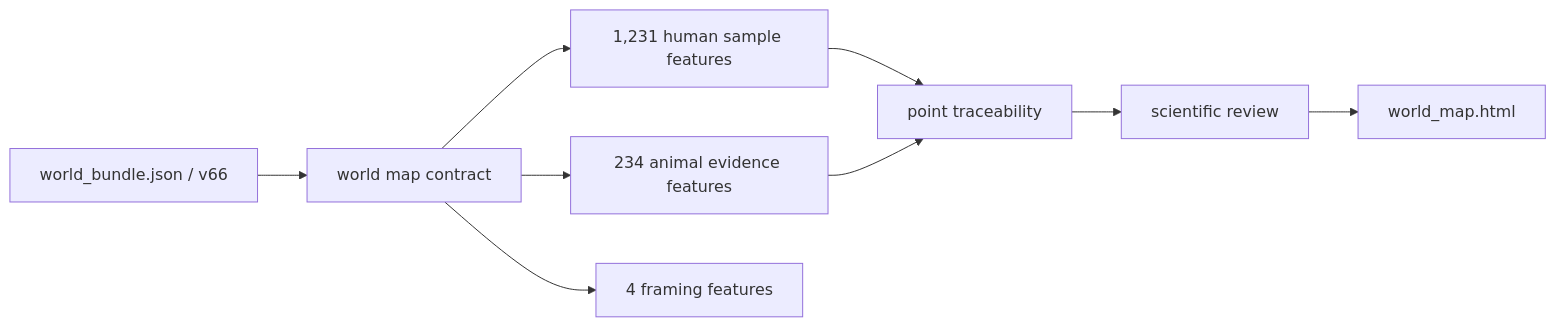
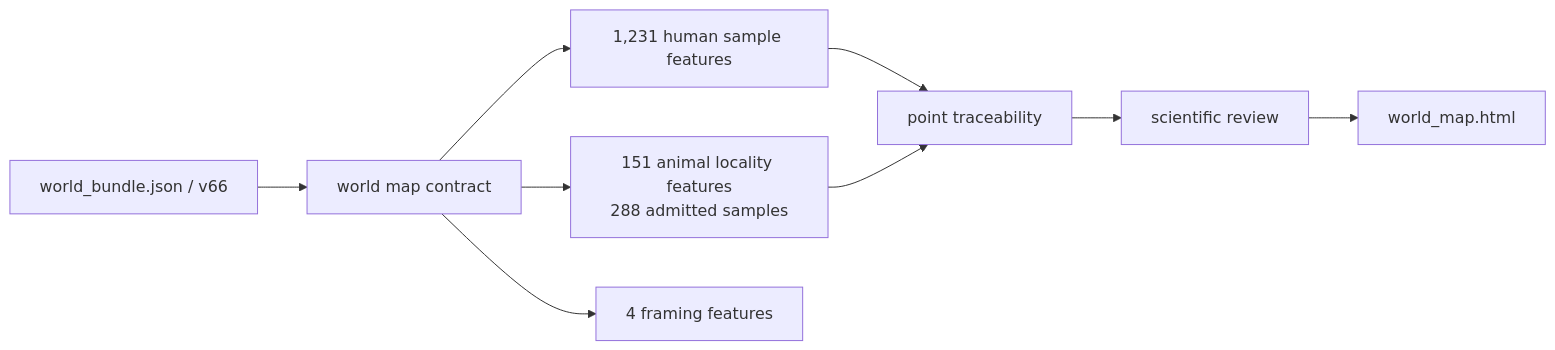
The eighth of 8 diagrams in docs/public/pollenomics-data/publications/index.md (bijux/bijux-pollenomics), drawn with Mermaid before and after one commit. The commit also changed other lines of this file and 26 other files, not shown here.

````diff
--- a/docs/public/pollenomics-data/publications/index.md
+++ b/docs/public/pollenomics-data/publications/index.md
@@ -276,11 +276,11 @@
 ```mermaid
 flowchart LR
     Bundle["world_bundle.json / v66"] --> Contract["world map contract"]
     Contract --> AADR["1,231 human sample features"]
-    Contract --> Animal["234 animal evidence features"]
+    Contract --> Animal["151 animal locality features<br/>288 admitted samples"]
     Contract --> Boundaries["4 framing features"]
     AADR --> Trace["point traceability"]
     Animal --> Trace
     Trace --> Review["scientific review"]
     Review --> Map["world_map.html"]
 ```
````
